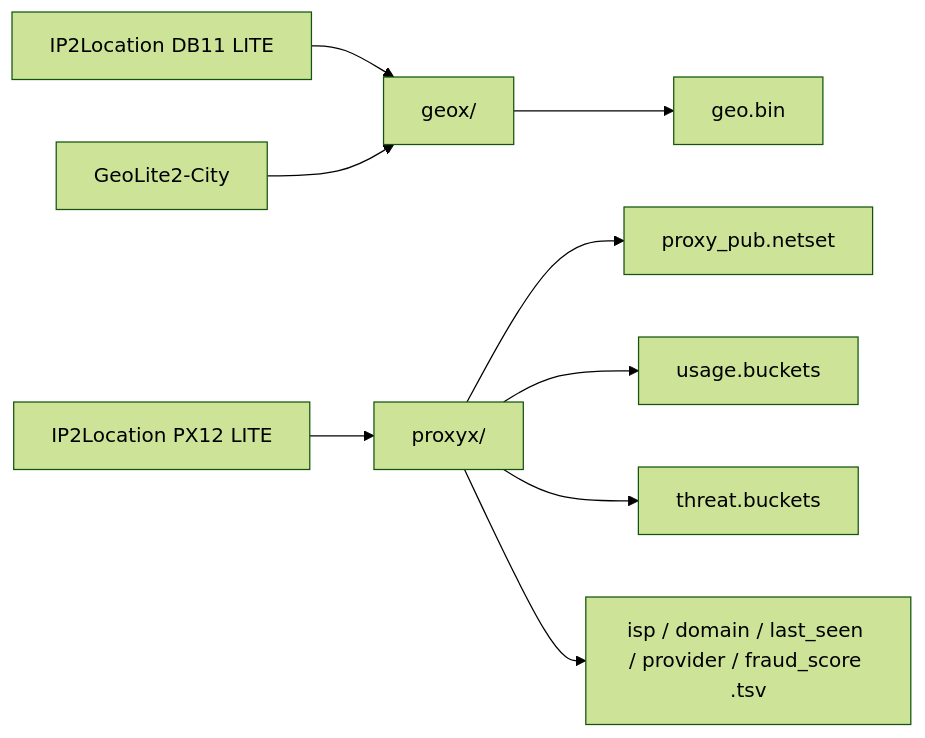
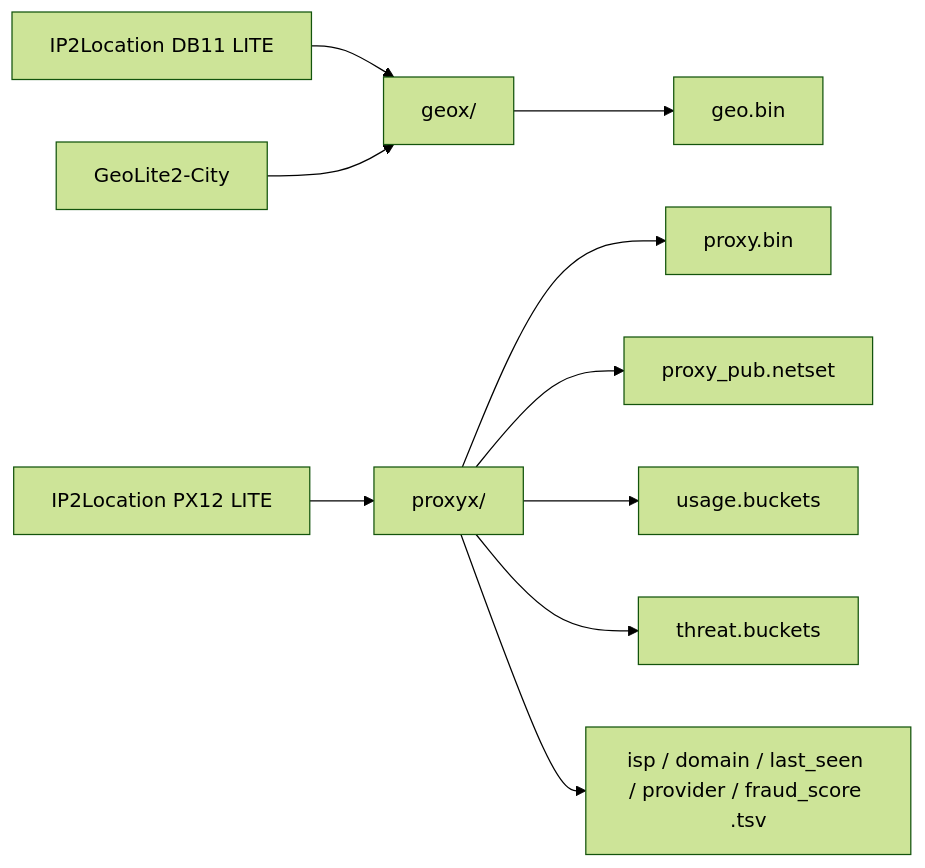
The diagram in README.md (tn3w/IP2X), drawn with Mermaid (forest theme) before and after one commit. The commit also changed other lines of this file and 4 other files, not shown here.

````diff
--- a/README.md
+++ b/README.md
@@ -212,11 +288,12 @@
 ```mermaid
 flowchart LR
     D1[IP2Location DB11 LITE] --> G[geox/]
     D2[GeoLite2-City] --> G
     G --> GB[geo.bin]
     D3[IP2Location PX12 LITE] --> P[proxyx/]
+    P --> PB[proxy.bin]
     P --> R[proxy_pub.netset]
     P --> U[usage.buckets]
     P --> T[threat.buckets]
     P --> TSV[isp / domain / last_seen / provider / fraud_score .tsv]
 ```
````
